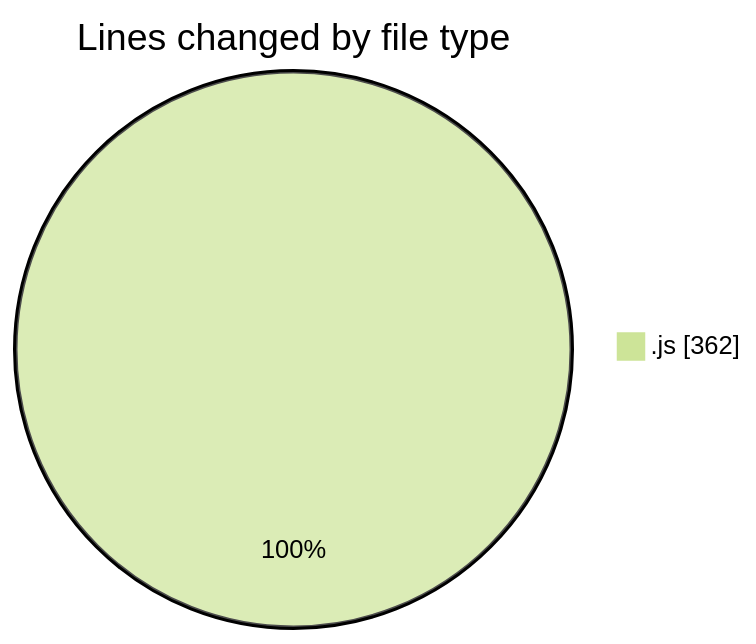
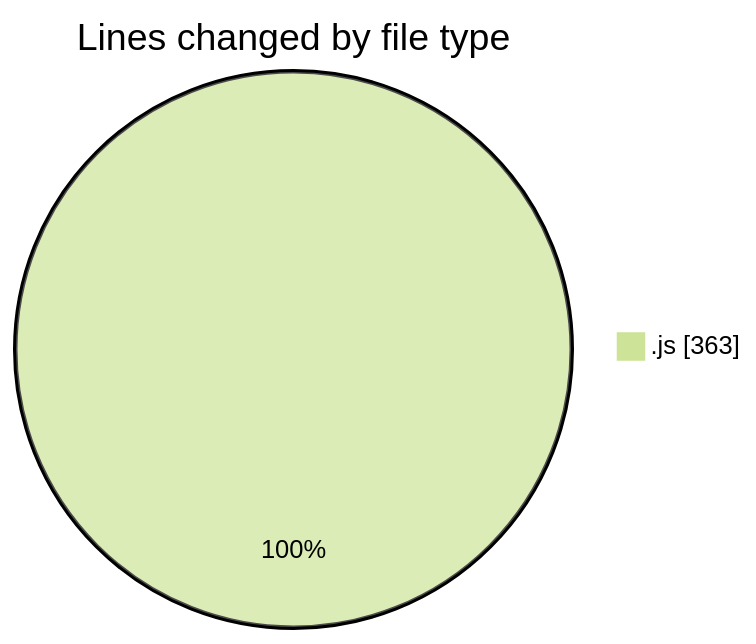
The first of 2 diagrams in 2025-03-27/vms-with-backend/README.md (BS-eng2023/code-tracking), drawn with Mermaid (forest theme) before and after one commit. The commit also changed other lines of this file and 1 other file, not shown here.

````diff
--- a/2025-03-27/vms-with-backend/README.md
+++ b/2025-03-27/vms-with-backend/README.md
@@ -25,5 +25,5 @@
 ```mermaid
 pie showData
 title Lines changed by file type
-".js" : 362
+".js" : 363
 ```
````
